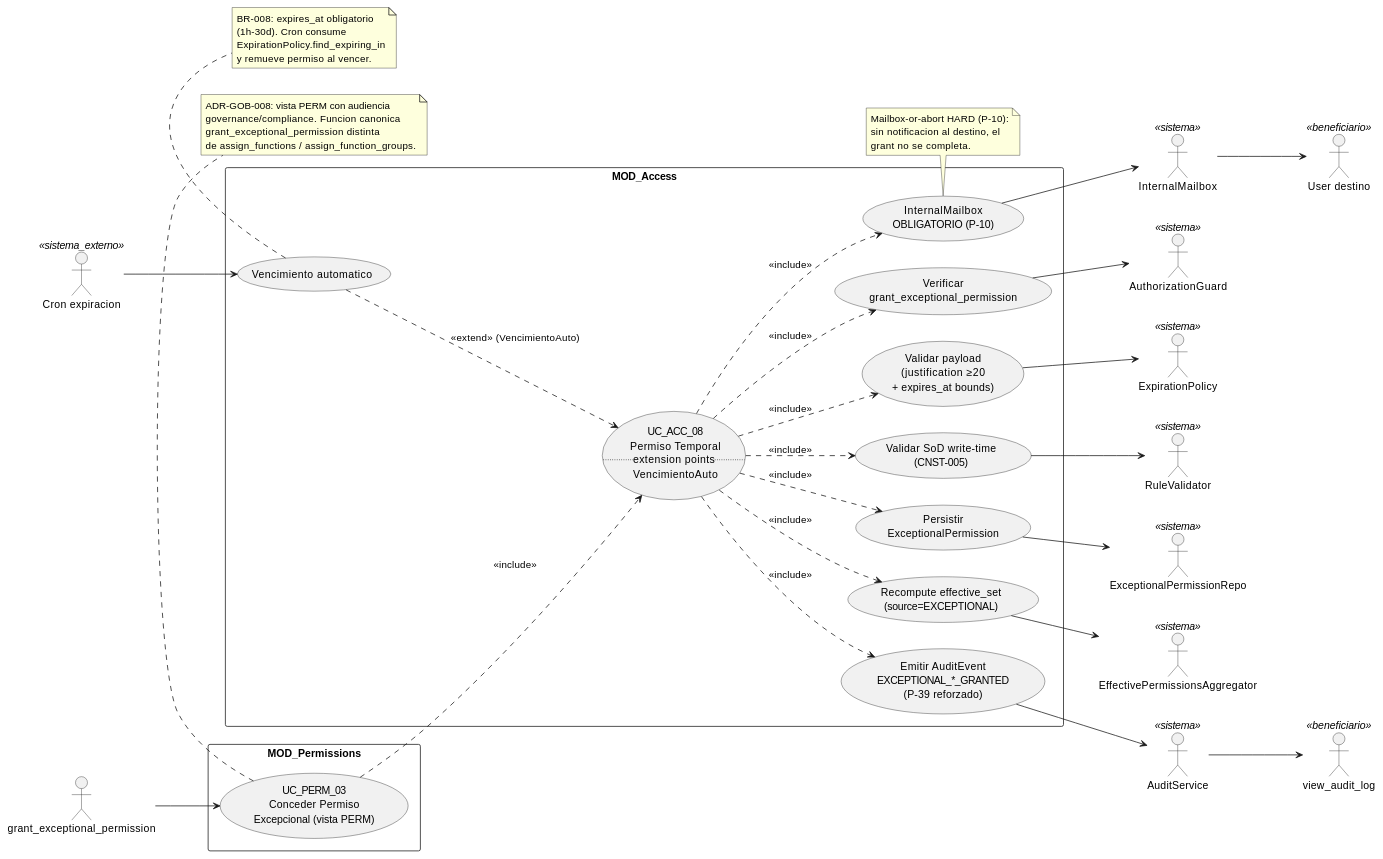
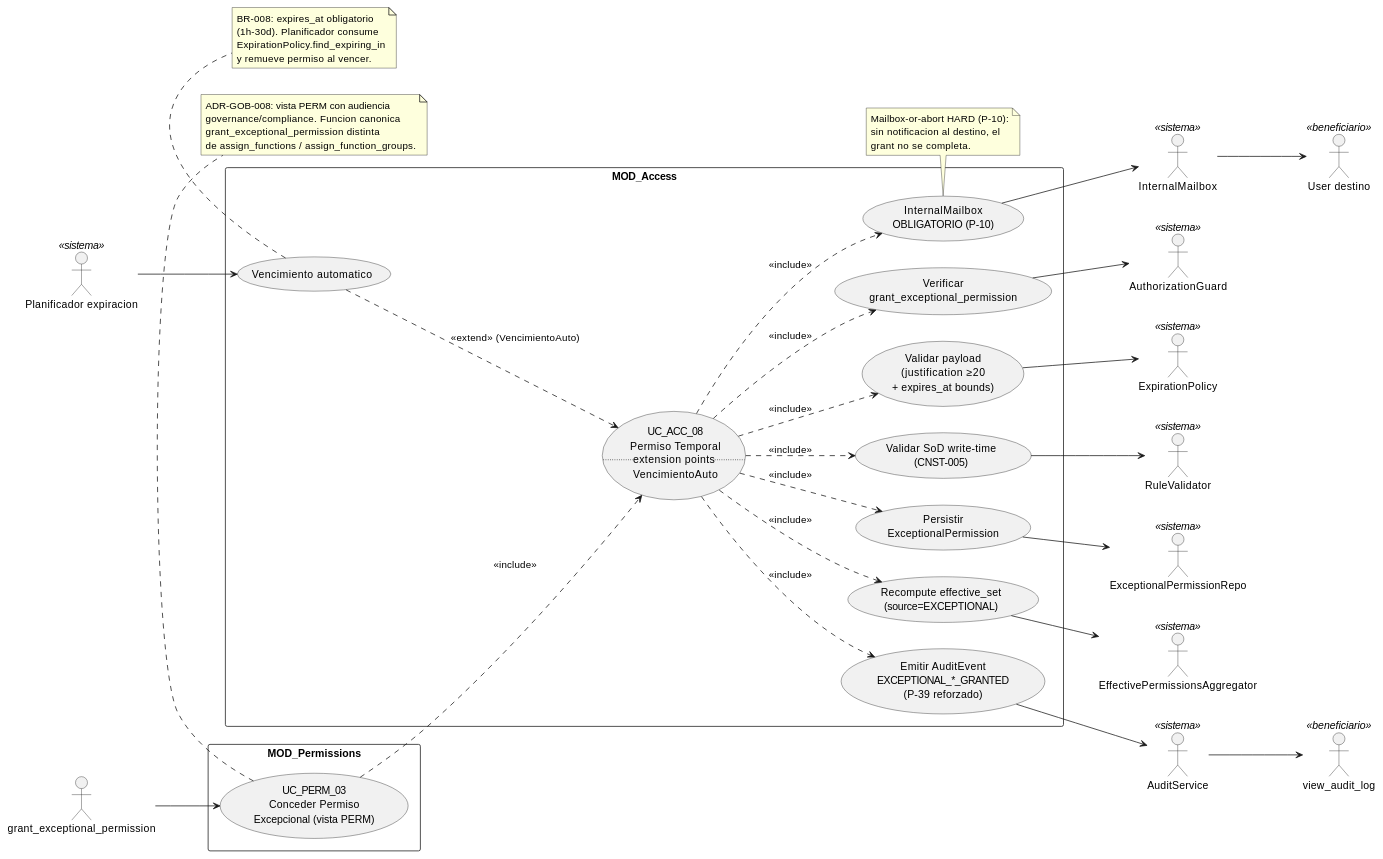
Before and after one commit to jcg-admin/IACT-docs: the diagram in source/arquitectura-tecnica/use-case-view/permissions/uc-perm-03-conceder-permiso-excepcional.rst, drawn with PlantUML. The commit also changed other lines of this file, not shown here.

Commit message:
Apply STD-010 Cat-B in permissions/uc-perm-03
T-025: 4 refs Cron -> Planificador de Tareas (actor +
relacion + nota + descripcion).

Refs: T-025, STD-010 Cat-B

```diff
--- a/source/arquitectura-tecnica/use-case-view/permissions/uc-perm-03-conceder-permiso-excepcional.rst
+++ b/source/arquitectura-tecnica/use-case-view/permissions/uc-perm-03-conceder-permiso-excepcional.rst
@@ -26,79 +26,79 @@
 .. uml::
  :caption: UC_PERM_03 — vista PERM de UC_ACC_08 (permiso temporal).
 
  @startuml
 
  left to right direction
 
  actor "grant_exceptional_permission" as grant_exceptional_permission
  actor "User destino" as User_destino <<beneficiario>>
  actor "view_audit_log" as view_audit_log <<beneficiario>>
  actor "AuthorizationGuard" as AuthorizationGuard <<sistema>>
  actor "ExceptionalPermissionRepo" as ExceptionalPermissionRepo <<sistema>>
  actor "ExpirationPolicy" as ExpirationPolicy <<sistema>>
  actor "RuleValidator" as RuleValidator <<sistema>>
  actor "EffectivePermissionsAggregator" as EffectivePermissionsAggregator <<sistema>>
  actor "InternalMailbox" as InternalMailbox <<sistema>>
  actor "AuditService" as AuditService <<sistema>>
- actor "Cron expiracion" as Cron_expiracion <<sistema_externo>>
+ actor "Planificador expiracion" as Planificador_expiracion <<sistema>>
 
  rectangle "MOD_Permissions" {
    usecase "UC_PERM_03\nConceder Permiso\nExcepcional (vista PERM)" as UC_PERM_03
  }
 
  rectangle "MOD_Access" {
    usecase "UC_ACC_08\nPermiso Temporal\n.. extension points ..\nVencimientoAuto" as UC_ACC_08
    usecase "Verificar\ngrant_exceptional_permission" as VERIFICAR_AGR
    usecase "Validar payload\n(justification ≥20\n+ expires_at bounds)" as VALIDAR_PAYLOAD
    usecase "Validar SoD write-time\n(CNST-005)" as VALIDAR_SOD
    usecase "Persistir\nExceptionalPermission" as PERSISTIR
    usecase "Recompute effective_set\n(source=EXCEPTIONAL)" as RECALC
    usecase "InternalMailbox\nOBLIGATORIO (P-10)" as MAILBOX
    usecase "Emitir AuditEvent\nEXCEPTIONAL_*_GRANTED\n(P-39 reforzado)" as AUDITAR
    usecase "Vencimiento automatico" as EXPIRY
  }
 
  grant_exceptional_permission --> UC_PERM_03
 
  UC_PERM_03 ..> UC_ACC_08 : <<include>>
  UC_ACC_08 ..> VERIFICAR_AGR : <<include>>
  UC_ACC_08 ..> VALIDAR_PAYLOAD : <<include>>
  UC_ACC_08 ..> VALIDAR_SOD : <<include>>
  UC_ACC_08 ..> PERSISTIR : <<include>>
  UC_ACC_08 ..> RECALC : <<include>>
  UC_ACC_08 ..> MAILBOX : <<include>>
  UC_ACC_08 ..> AUDITAR : <<include>>
  EXPIRY ..> UC_ACC_08 : <<extend>> (VencimientoAuto)
 
  VERIFICAR_AGR --> AuthorizationGuard
  VALIDAR_PAYLOAD --> ExpirationPolicy
  VALIDAR_SOD --> RuleValidator
  PERSISTIR --> ExceptionalPermissionRepo
  RECALC --> EffectivePermissionsAggregator
  MAILBOX --> InternalMailbox
  InternalMailbox --> User_destino
  AUDITAR --> AuditService
  AuditService --> view_audit_log
- Cron_expiracion --> EXPIRY
+ Planificador_expiracion --> EXPIRY
 
  note bottom of UC_PERM_03
    ADR-GOB-008: vista PERM con audiencia
    governance/compliance. Funcion canonica
    grant_exceptional_permission distinta
    de assign_functions / assign_function_groups.
  end note
 
  note bottom of MAILBOX
    Mailbox-or-abort HARD (P-10):
    sin notificacion al destino, el
    grant no se completa.
  end note
 
  note bottom of EXPIRY
    BR-008: expires_at obligatorio
-   (1h-30d). Cron consume
+   (1h-30d). Planificador consume
    ExpirationPolicy.find_expiring_in
    y remueve permiso al vencer.
  end note
 
  @enduml
```
